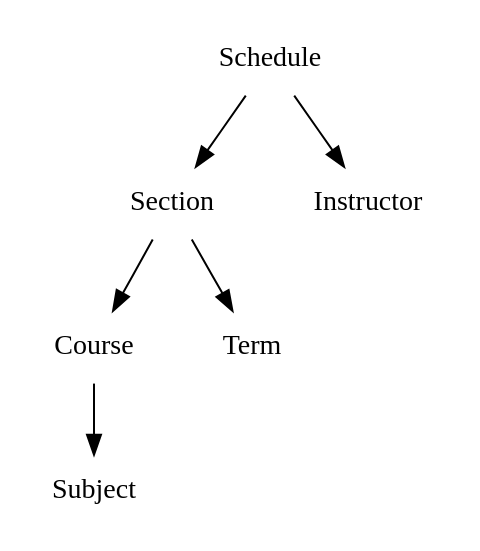
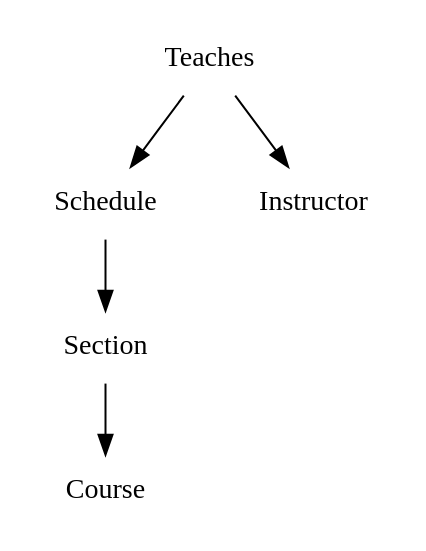
The diagram in thesis/document/figures/graphs/dot/Thesis-dot2tex-fig1.dot (rdrake/Molly), drawn with Graphviz before and after one commit. The commit also changed 23 other files, not shown here.

```diff
--- a/thesis/document/figures/graphs/dot/Thesis-dot2tex-fig1.dot
+++ b/thesis/document/figures/graphs/dot/Thesis-dot2tex-fig1.dot
@@ -1,9 +1,8 @@
 digraph G {
-node [shape=plaintext]; Subject; Course; Term; Section; Schedule; Instructor;
+node [shape=plaintext]; Course; Section; Schedule; Instructor; Teaches;
 
-Course -> Subject;
-Section -> Term
+Schedule -> Section;
 Section -> Course;
-Schedule -> Section;
-Schedule -> Instructor;
+Teaches -> Schedule;
+Teaches -> Instructor;
 }
```
